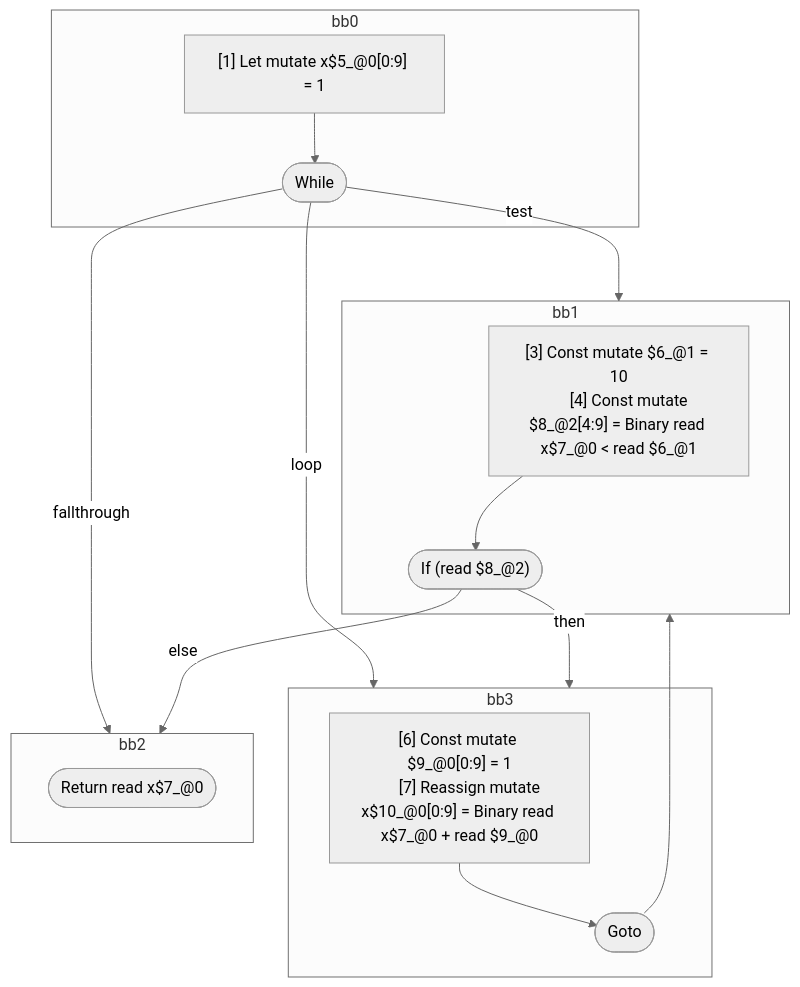
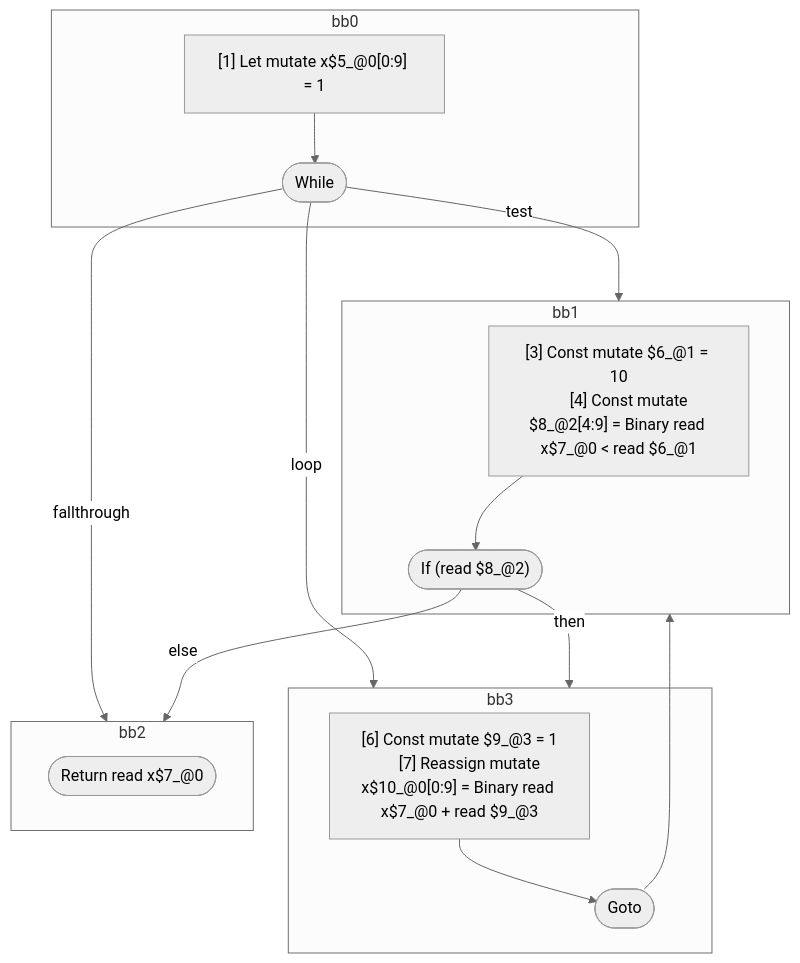
The diagram in compiler/forget/src/__tests__/fixtures/hir/ssa-while.expect.md (wutsmog/private), drawn with Mermaid (neutral theme) before and after one commit. The commit also changed other lines of this file and 9 other files, not shown here.

````diff
--- a/compiler/forget/src/__tests__/fixtures/hir/ssa-while.expect.md
+++ b/compiler/forget/src/__tests__/fixtures/hir/ssa-while.expect.md
@@ -40,36 +40,36 @@
 ```mermaid
 flowchart TB
   %% Basic Blocks
   subgraph bb0
     bb0_instrs["
       [1] Let mutate x$5_@0[0:9] = 1
     "]
     bb0_instrs --> bb0_terminal(["While"])
   end
   subgraph bb1
     bb1_instrs["
       [3] Const mutate $6_@1 = 10
       [4] Const mutate $8_@2[4:9] = Binary read x$7_@0 < read $6_@1
     "]
     bb1_instrs --> bb1_terminal(["If (read $8_@2)"])
   end
   subgraph bb3
     bb3_instrs["
-      [6] Const mutate $9_@0[0:9] = 1
-      [7] Reassign mutate x$10_@0[0:9] = Binary read x$7_@0 + read $9_@0
+      [6] Const mutate $9_@3 = 1
+      [7] Reassign mutate x$10_@0[0:9] = Binary read x$7_@0 + read $9_@3
     "]
     bb3_instrs --> bb3_terminal(["Goto"])
   end
   subgraph bb2
     bb2_terminal(["Return read x$7_@0"])
   end
 
   %% Jumps
   bb0_terminal -- "test" --> bb1
   bb0_terminal -- "loop" --> bb3
   bb0_terminal -- "fallthrough" --> bb2
   bb1_terminal -- "then" --> bb3
   bb1_terminal -- "else" --> bb2
   bb3_terminal --> bb1
 
 ```
````
